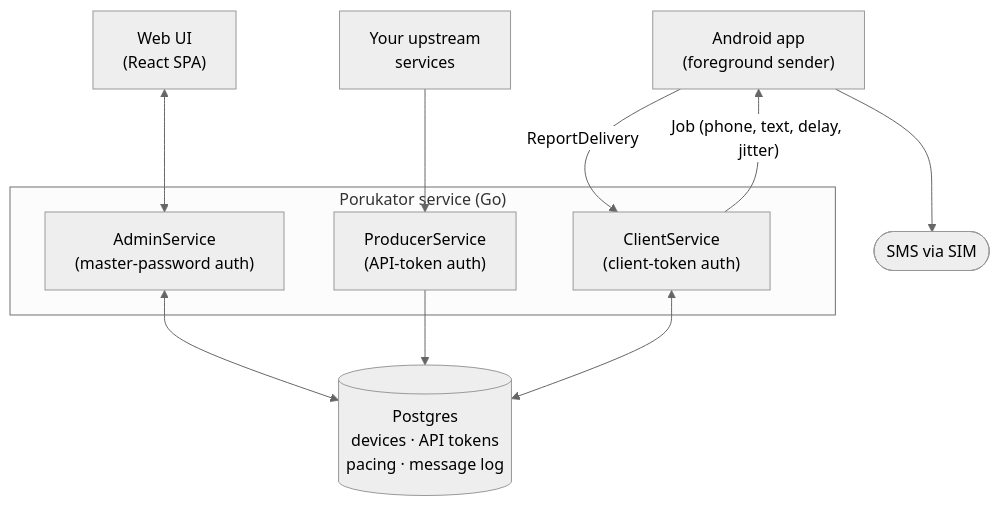
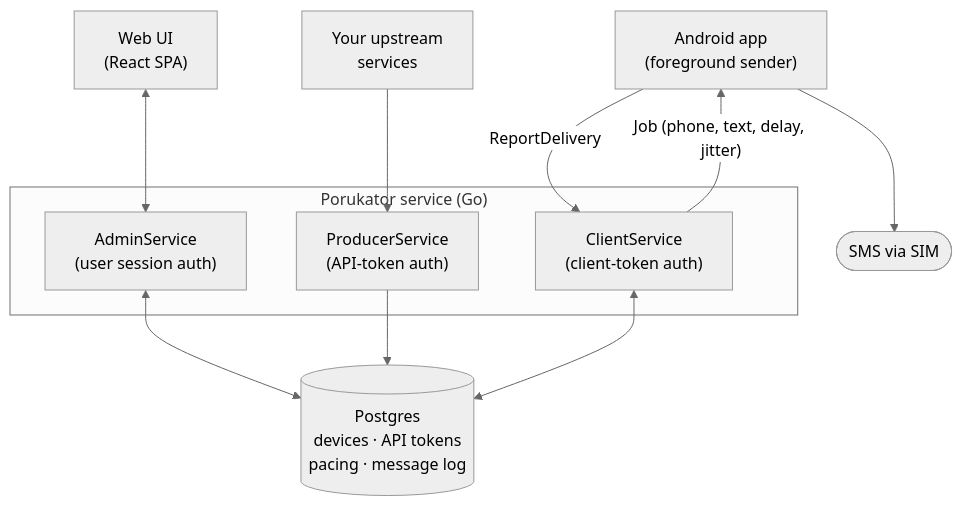
Before and after one commit to dusansimic/porukator: the first of 2 diagrams in README.md, drawn with Mermaid (neutral theme). The commit also changed other lines of this file and 41 other files, not shown here.

First line of the commit message:
feat(auth)!: replace master password with user accounts

````diff
--- a/README.md
+++ b/README.md
@@ -39,24 +41,24 @@
 ```mermaid
 flowchart TB
     webui["Web UI<br/>(React SPA)"]
     producers["Your upstream<br/>services"]
     app["Android app<br/>(foreground sender)"]
     sim(["SMS via SIM"])
 
     subgraph svc["Porukator service (Go)"]
-        admin["AdminService<br/>(master-password auth)"]
+        admin["AdminService<br/>(user session auth)"]
         producer["ProducerService<br/>(API-token auth)"]
         client["ClientService<br/>(client-token auth)"]
     end
 
     db[("Postgres<br/>devices · API tokens<br/>pacing · message log")]
 
     webui <--> admin
     producers --> producer
     client -- "Job (phone, text, delay, jitter)" --> app
     app -- "ReportDelivery" --> client
     app --> sim
     admin <--> db
     producer --> db
     client <--> db
 ```
````
